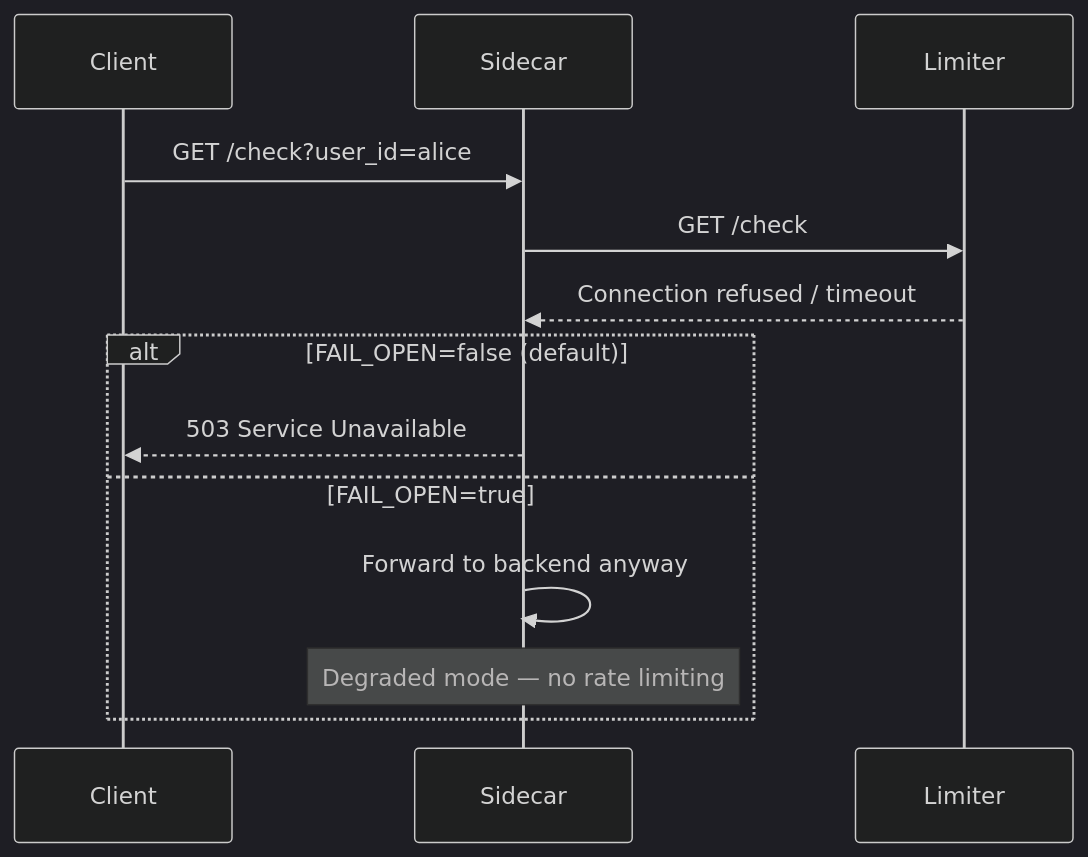
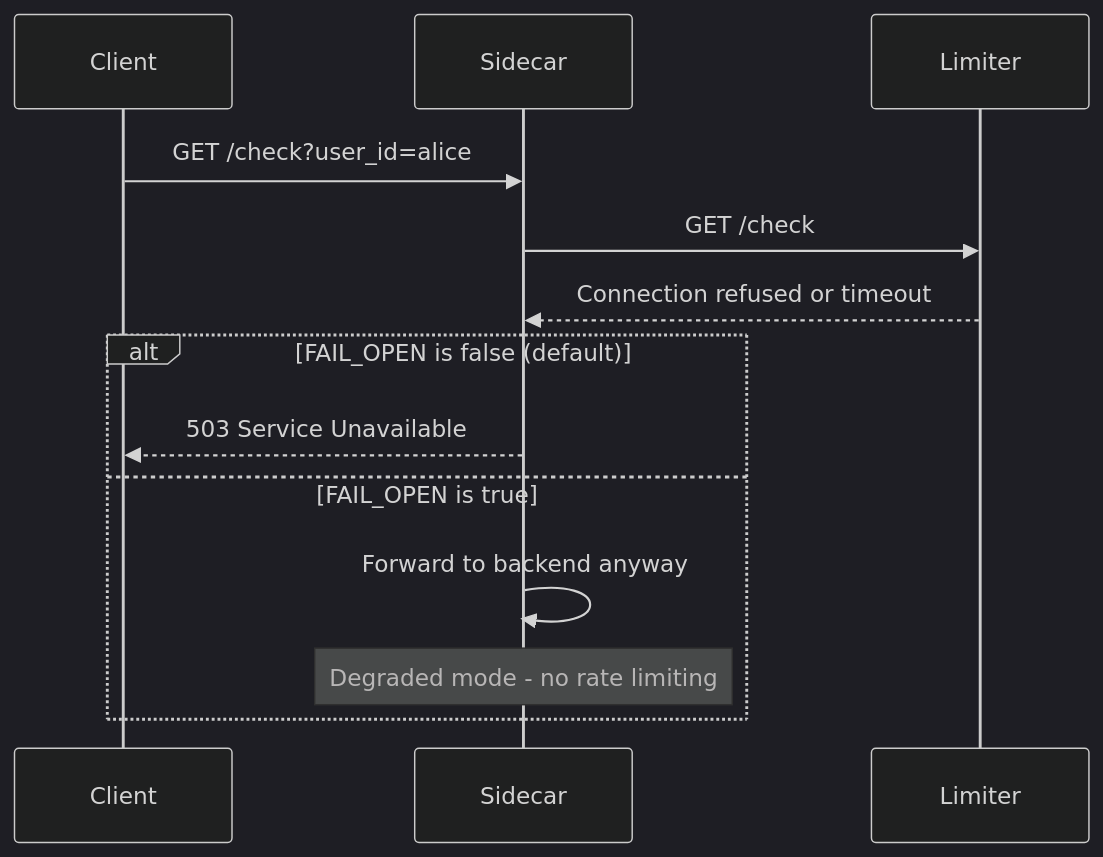
Before and after one commit to RUDRA-PRATAP-SINGH01/Distributed-rate-limiter: the fifth of 21 diagrams in README.md, drawn with Mermaid (dark theme). The commit also changed other lines of this file and 1 other file, not shown here.

Commit message:
docs: fix Mermaid syntax for GitHub Markdown rendering in README and architecture docs

````diff
--- a/README.md
+++ b/README.md
@@ -281,17 +281,17 @@
 ```mermaid
 sequenceDiagram
     participant C as Client
     participant S as Sidecar
     participant L as Limiter
 
     C->>S: GET /check?user_id=alice
     S->>L: GET /check
-    L-->>S: Connection refused / timeout
+    L-->>S: Connection refused or timeout
 
-    alt FAIL_OPEN=false (default)
+    alt FAIL_OPEN is false (default)
         S-->>C: 503 Service Unavailable
-    else FAIL_OPEN=true
+    else FAIL_OPEN is true
         S->>S: Forward to backend anyway
-        Note over S: Degraded mode — no rate limiting
+        Note over S: Degraded mode - no rate limiting
     end
 ```
````
